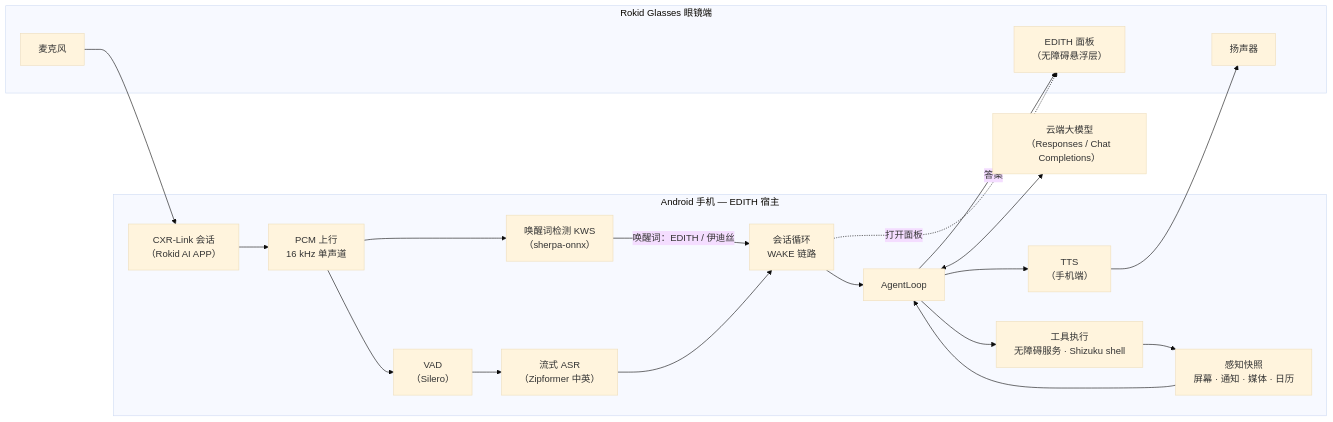
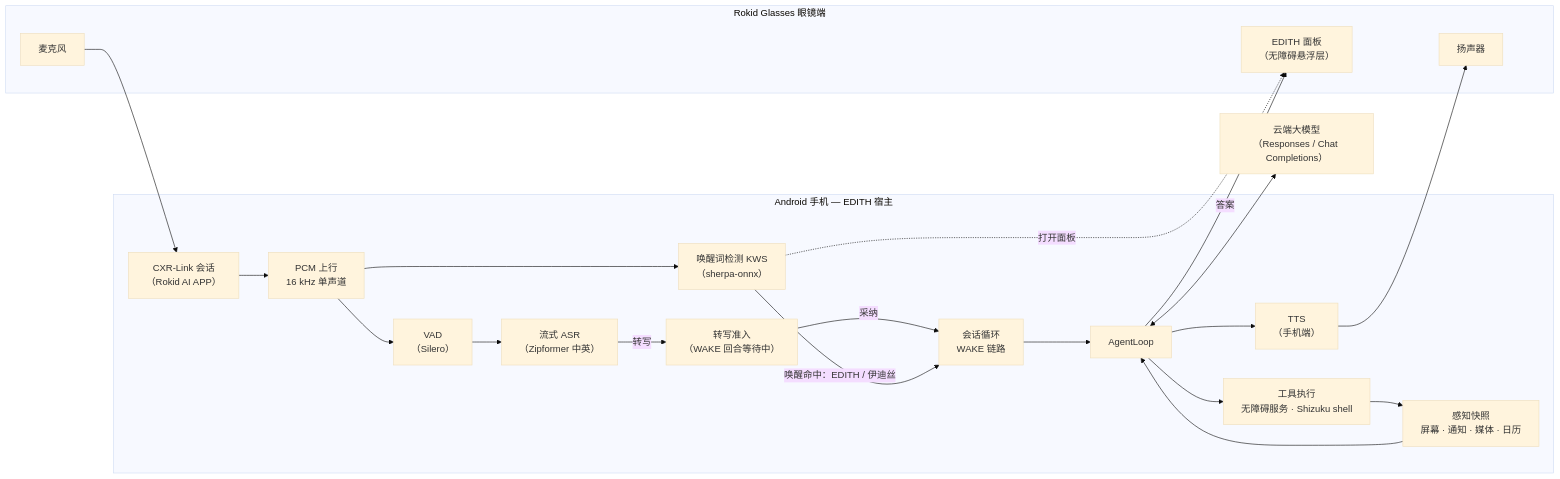
Before and after one commit to EdouardRichard/EDITH: the first of 2 diagrams in README.zh-CN.md, drawn with Mermaid (base theme). The commit also changed other lines of this file and 1 other file, not shown here.

First line of the commit message:
docs: clarify wake-route transcript admission in READMEs

````diff
--- a/README.zh-CN.md
+++ b/README.zh-CN.md
@@ -84,36 +82,39 @@
 ```mermaid
 flowchart LR
     subgraph G["Rokid Glasses 眼镜端"]
         MIC["麦克风"]
         HUD["EDITH 面板<br/>（无障碍悬浮层）"]
         SPK["扬声器"]
     end
 
     subgraph P["Android 手机 — EDITH 宿主"]
         CXR["CXR-Link 会话<br/>（Rokid AI APP）"]
         ING["PCM 上行<br/>16 kHz 单声道"]
         KWS["唤醒词检测 KWS<br/>（sherpa-onnx）"]
         VAD["VAD<br/>（Silero）"]
         ASR["流式 ASR<br/>（Zipformer 中英）"]
+        ADMIT["转写准入<br/>（WAKE 回合等待中）"]
         CYCLE["会话循环<br/>WAKE 链路"]
         LOOP["AgentLoop"]
         PERC["感知快照<br/>屏幕 · 通知 · 媒体 · 日历"]
         TOOLS["工具执行<br/>无障碍服务 · Shizuku shell"]
         TTS["TTS<br/>（手机端）"]
     end
 
     LLM["云端大模型<br/>（Responses / Chat Completions）"]
 
     MIC --> CXR --> ING
     ING --> KWS
-    KWS -- "唤醒词：EDITH / 伊迪丝" --> CYCLE
-    ING --> VAD --> ASR --> CYCLE
+    ING --> VAD --> ASR
+    ASR -- "转写" --> ADMIT
+    ADMIT -- "采纳" --> CYCLE
+    KWS -- "唤醒命中：EDITH / 伊迪丝" --> CYCLE
+    KWS -. "打开面板" .-> HUD
     CYCLE --> LOOP
     LOOP <--> LLM
     PERC --> LOOP
     LOOP --> TOOLS
     TOOLS --> PERC
     LOOP -- "答案" --> HUD
-    CYCLE -. "打开面板" .-> HUD
     LOOP --> TTS --> SPK
 ```
````
